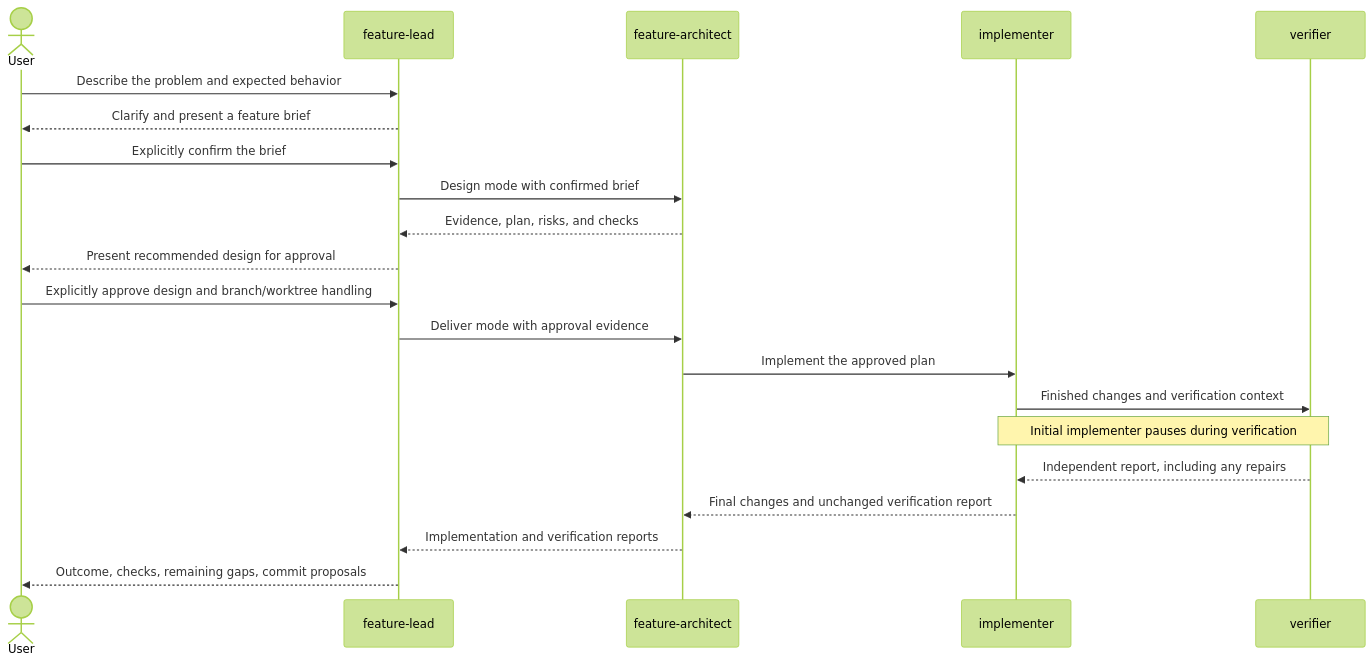
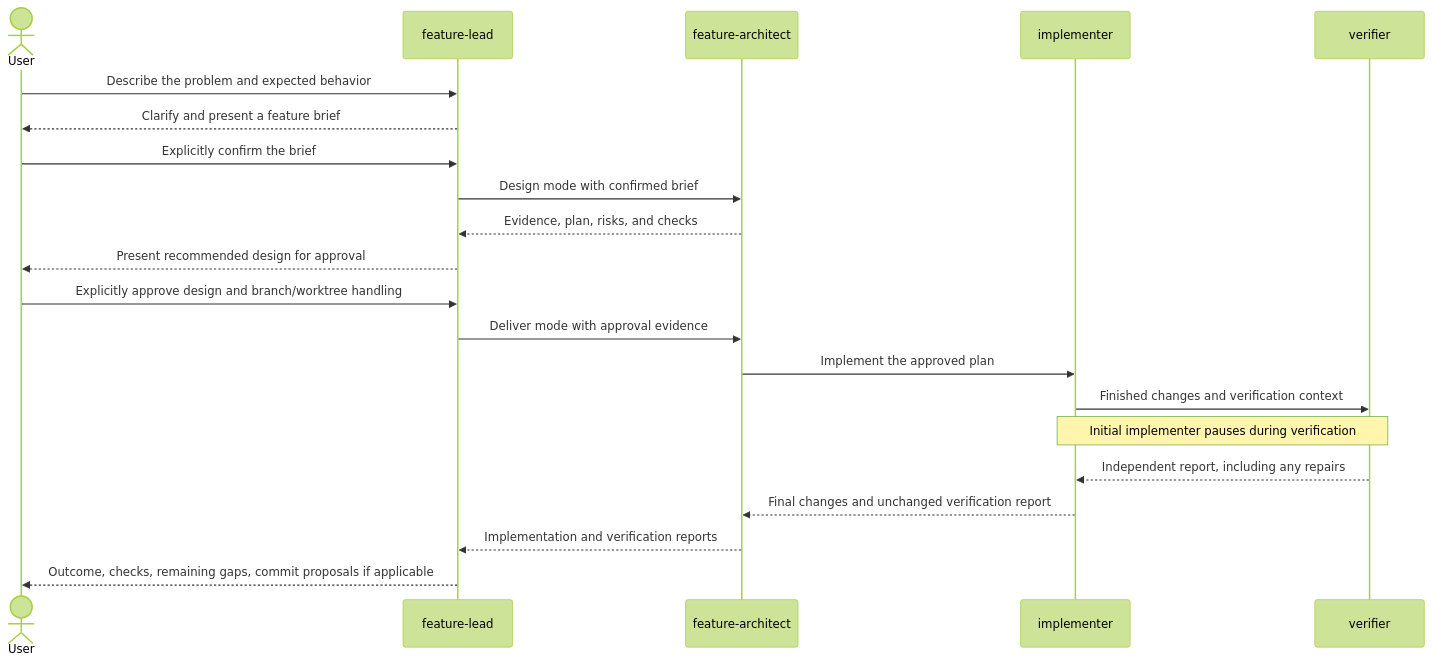
Before and after one commit to tarlepp/symfony-flex-backend: the first of 5 diagrams in doc/AI_AGENTS_AND_SKILLS.md, drawn with Mermaid (forest theme). The commit also changed 5 other files, not shown here.

Commit message:
Chore(ai): Skip commit proposals when nothing remains to commit

````diff
--- a/doc/AI_AGENTS_AND_SKILLS.md
+++ b/doc/AI_AGENTS_AND_SKILLS.md
@@ -87,23 +87,23 @@
 ```mermaid
 sequenceDiagram
     actor User
     participant Lead as feature-lead
     participant Architect as feature-architect
     participant Writer as implementer
     participant Check as verifier
     User->>Lead: Describe the problem and expected behavior
     Lead-->>User: Clarify and present a feature brief
     User->>Lead: Explicitly confirm the brief
     Lead->>Architect: Design mode with confirmed brief
     Architect-->>Lead: Evidence, plan, risks, and checks
     Lead-->>User: Present recommended design for approval
     User->>Lead: Explicitly approve design and branch/worktree handling
     Lead->>Architect: Deliver mode with approval evidence
     Architect->>Writer: Implement the approved plan
     Writer->>Check: Finished changes and verification context
     Note over Writer,Check: Initial implementer pauses during verification
     Check-->>Writer: Independent report, including any repairs
     Writer-->>Architect: Final changes and unchanged verification report
     Architect-->>Lead: Implementation and verification reports
-    Lead-->>User: Outcome, checks, remaining gaps, commit proposals
+    Lead-->>User: Outcome, checks, remaining gaps, commit proposals if applicable
 ```
````
